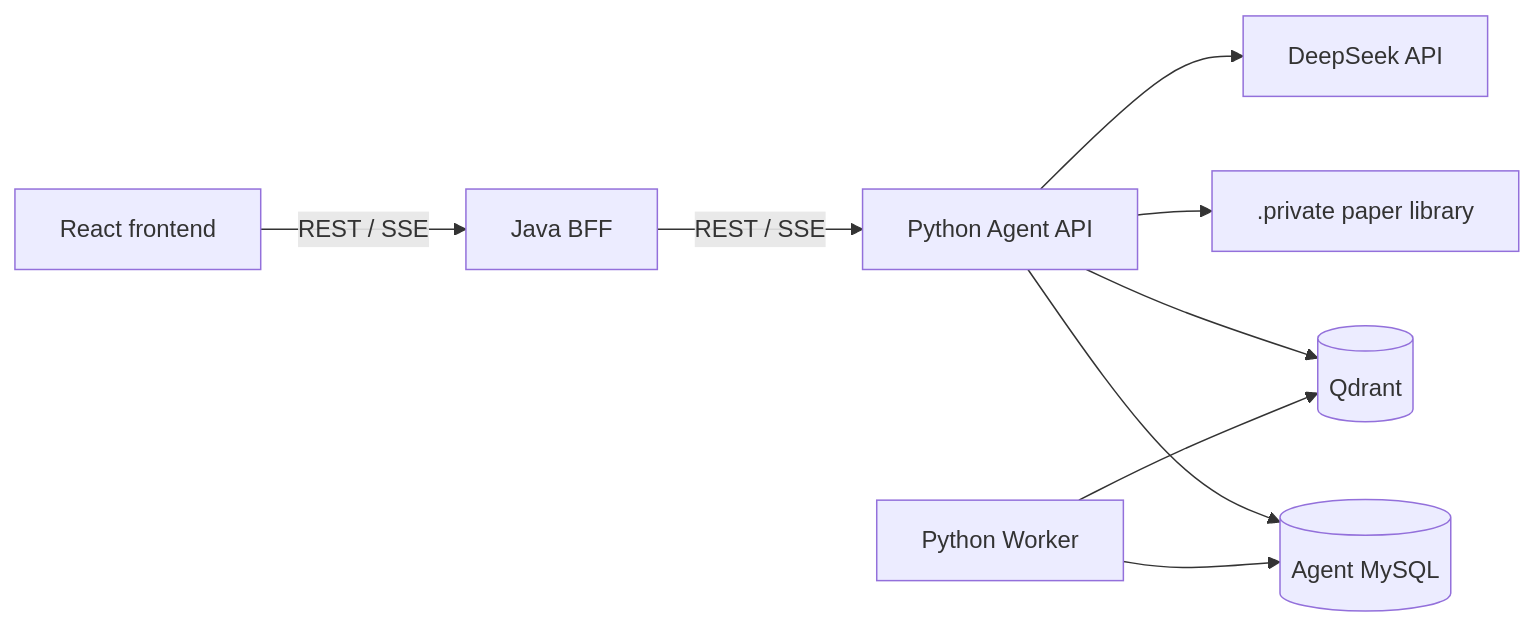
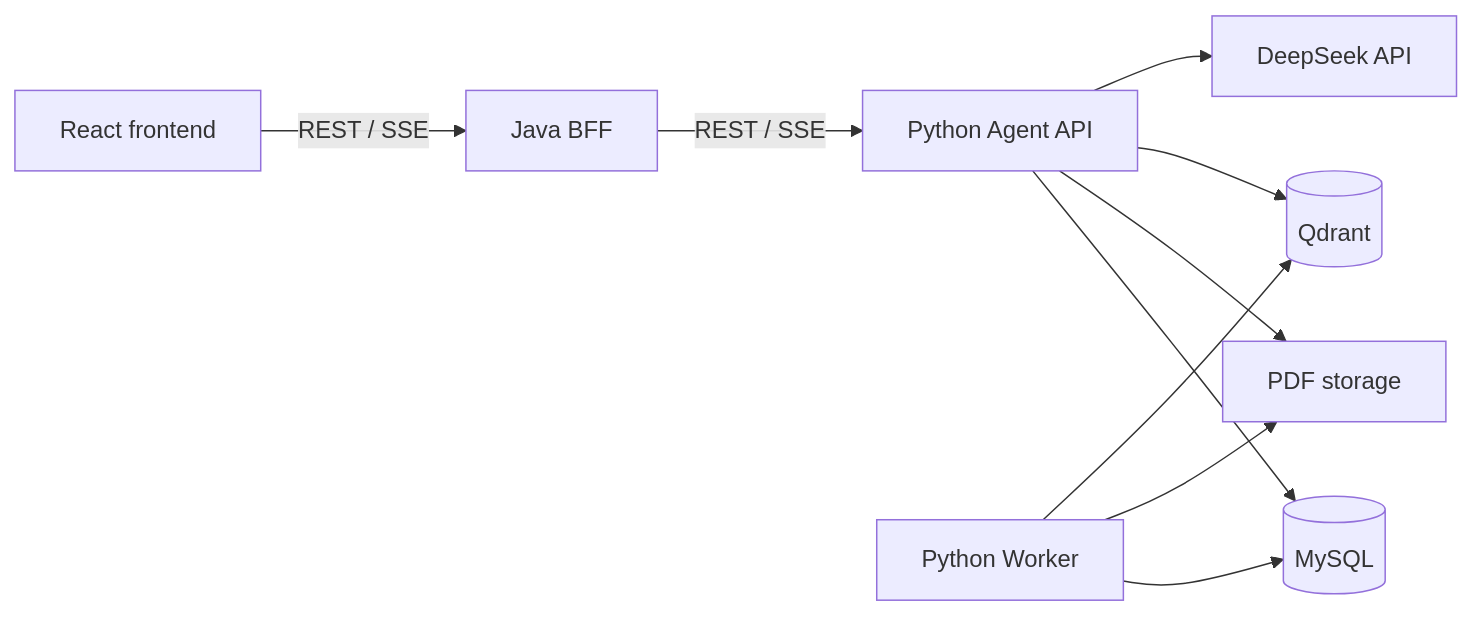
The diagram in docs/architecture.md (Liumy1212/ScholarAgent), drawn with Mermaid before and after one commit. The commit also changed other lines of this file and 23 other files, not shown here.

````diff
--- a/docs/architecture.md
+++ b/docs/architecture.md
@@ -25,11 +21,12 @@
 ```mermaid
 flowchart LR
     React[React frontend] -->|REST / SSE| Java[Java BFF]
     Java -->|REST / SSE| Agent[Python Agent API]
-    Agent --> MySQL[(Agent MySQL)]
-    Agent --> Files[.private paper library]
+    Agent --> MySQL[(MySQL)]
+    Agent --> Files[PDF storage]
     Agent --> Qdrant[(Qdrant)]
     Agent --> DeepSeek[DeepSeek API]
     Worker[Python Worker] --> MySQL
+    Worker --> Files
     Worker --> Qdrant
 ```
````
